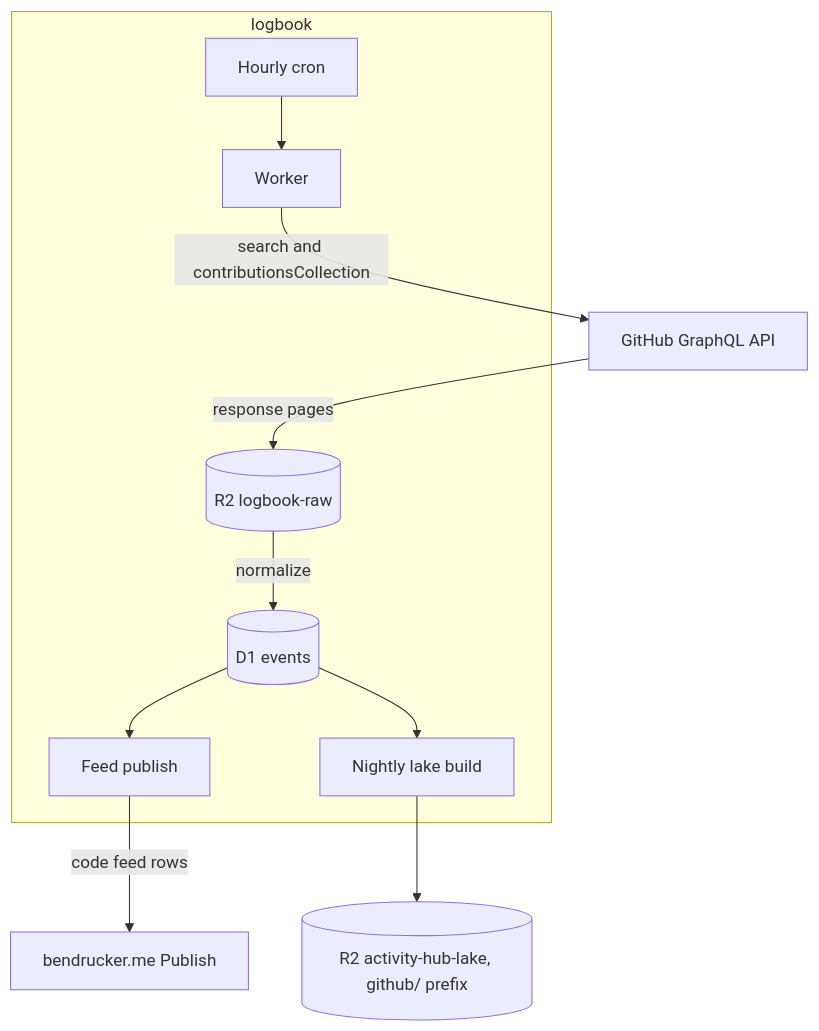
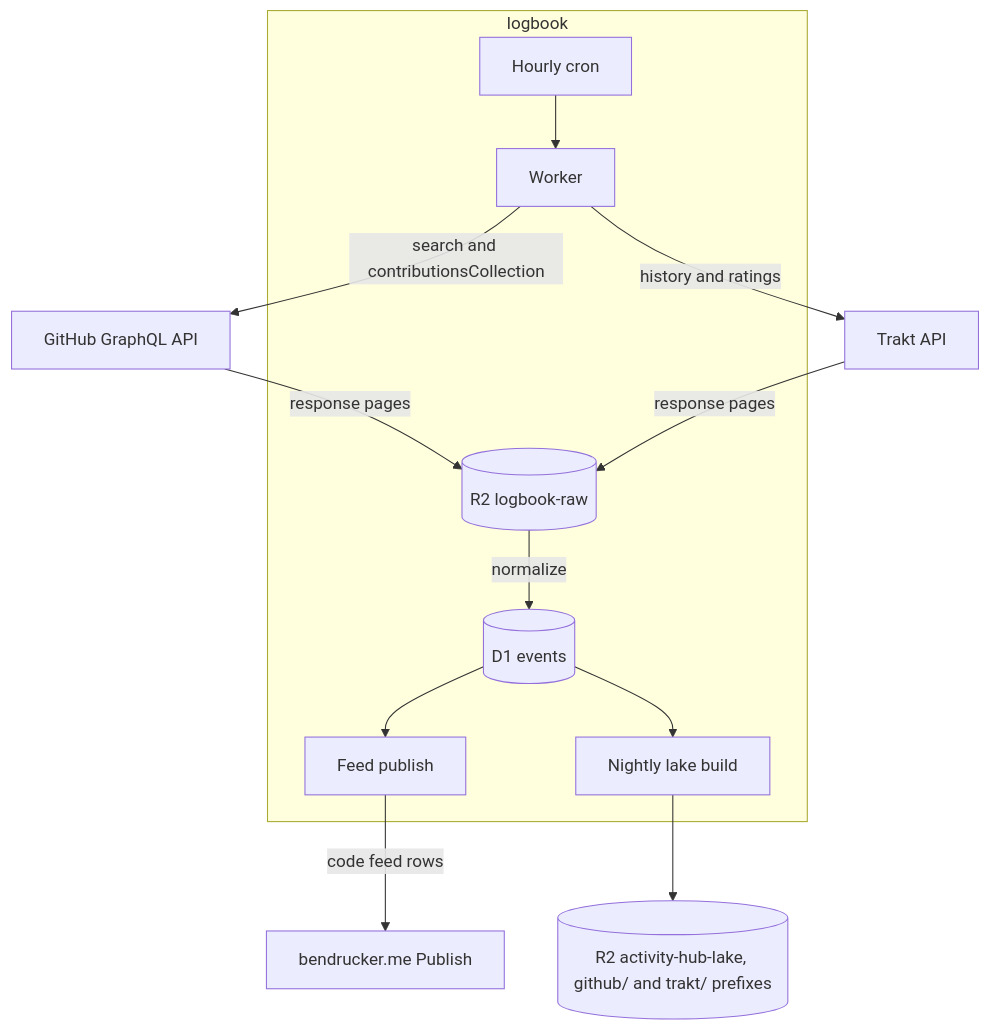
The diagram in README.md (bendrucker/logbook), drawn with Mermaid before and after one commit. The commit also changed other lines of this file and 49 other files, not shown here.

````diff
--- a/README.md
+++ b/README.md
@@ -17,23 +17,26 @@
 ```mermaid
 flowchart TB
     api[GitHub GraphQL API]
 
     subgraph hub [logbook]
         cron[Hourly cron]
         worker[Worker]
         raw[(R2 logbook-raw)]
         d1[(D1 events)]
         feed[Feed publish]
         lakecron[Nightly lake build]
     end
 
-    lake[(R2 activity-hub-lake, github/ prefix)]
+    trakt[Trakt API]
+    lake[(R2 activity-hub-lake, github/ and trakt/ prefixes)]
     site[bendrucker.me Publish]
 
     cron --> worker
     worker -->|search and contributionsCollection| api
+    worker -->|history and ratings| trakt
     api -->|response pages| raw
+    trakt -->|response pages| raw
     raw -->|normalize| d1
     d1 --> feed -->|code feed rows| site
     d1 --> lakecron --> lake
 ```
````
